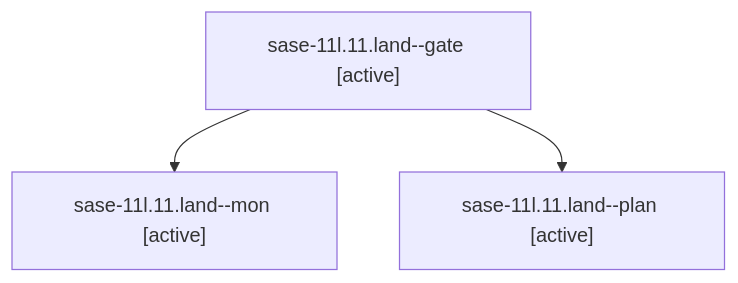
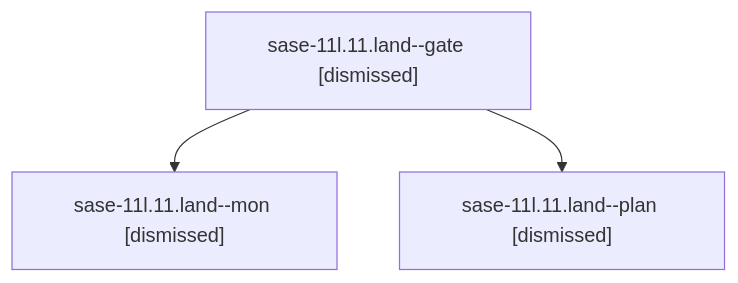
The diagram in sessions/bbugyi200.athena.sase-11l.11.land.md (sase-org/sase--agents), drawn with Mermaid before and after one commit. The commit also changed other lines of this file and 204 other files, not shown here.

````diff
--- a/sessions/bbugyi200.athena.sase-11l.11.land.md
+++ b/sessions/bbugyi200.athena.sase-11l.11.land.md
@@ -9,8 +9,8 @@
 ```mermaid
 flowchart TD
-  n0["sase-11l.11.land--gate [active]"]
-  n1["sase-11l.11.land--mon [active]"]
+  n0["sase-11l.11.land--gate [dismissed]"]
+  n1["sase-11l.11.land--mon [dismissed]"]
   n0 --> n1
-  n2["sase-11l.11.land--plan [active]"]
+  n2["sase-11l.11.land--plan [dismissed]"]
   n0 --> n2
 ```
````
